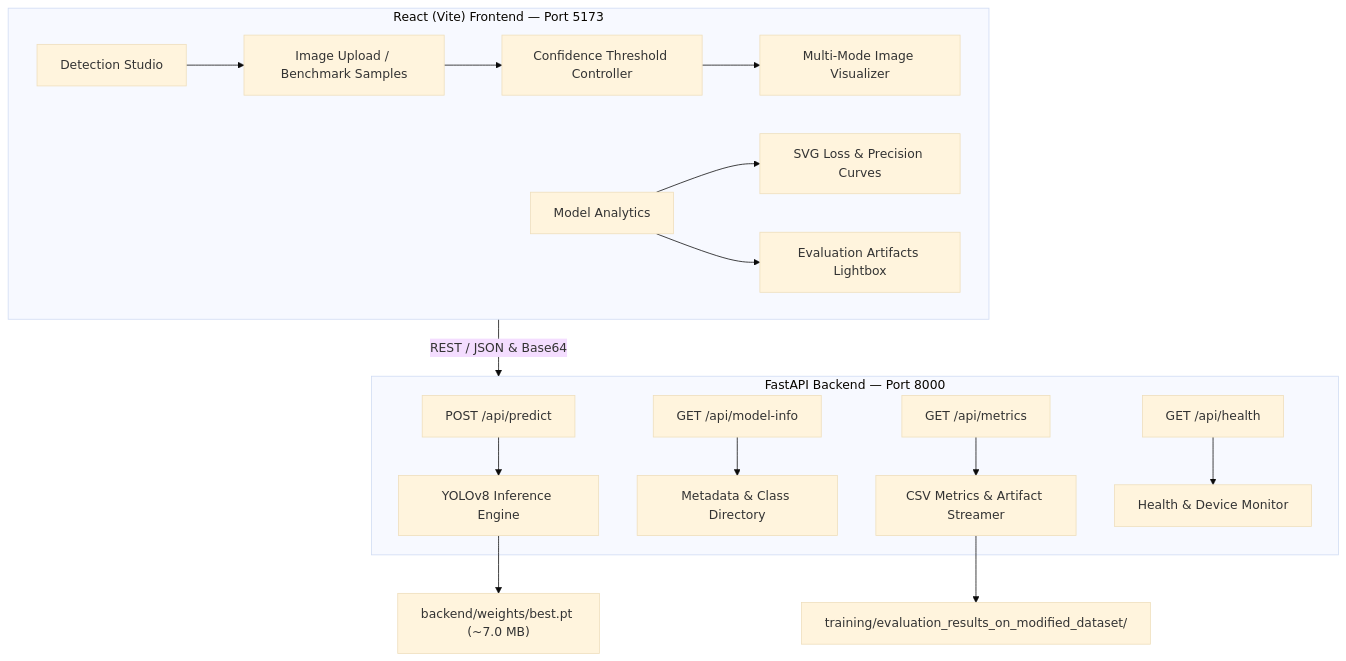
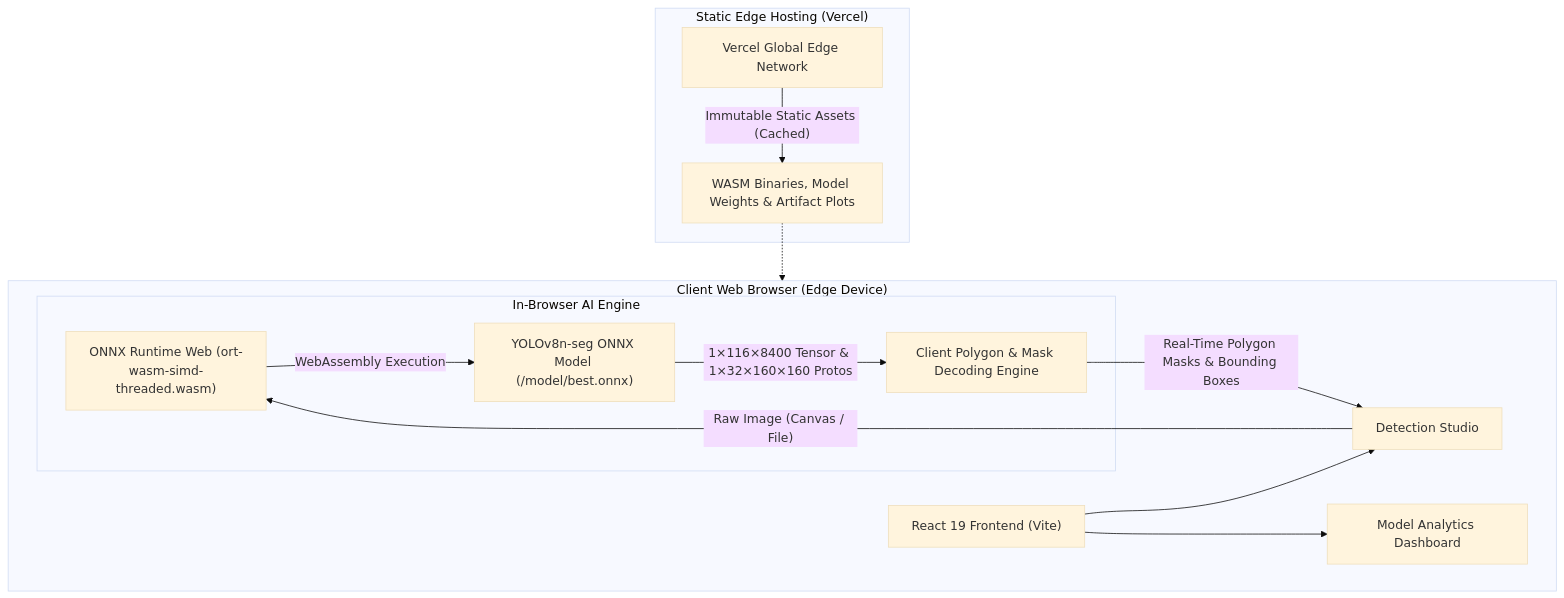
The diagram in README.md (DhrumilKhatiwala/ToolVision), drawn with Mermaid (base theme) before and after one commit. The commit also changed other lines of this file and 30 other files, not shown here.

Commit message:
refactor: remove legacy backend, transition to 100% serverless onnx web, and update readme

````diff
--- a/README.md
+++ b/README.md
@@ -38,21 +30,28 @@
 ```mermaid
 graph TB
-    subgraph Frontend["React (Vite) Frontend — Port 5173"]
-        A["Detection Studio"] --> B["Image Upload / Benchmark Samples"]
-        B --> C["Confidence Threshold Controller"]
-        C --> D["Multi-Mode Image Visualizer"]
-        E["Model Analytics"] --> F["SVG Loss & Precision Curves"]
-        E --> G["Evaluation Artifacts Lightbox"]
+    subgraph ClientBrowser["Client Web Browser (Edge Device)"]
+        UI["React 19 Frontend (Vite)"]
+        Studio["Detection Studio"]
+        Dashboard["Model Analytics Dashboard"]
+        
+        subgraph Engine["In-Browser AI Engine"]
+            ONNX["ONNX Runtime Web (ort-wasm-simd-threaded.wasm)"]
+            Weights["YOLOv8n-seg ONNX Model (/model/best.onnx)"]
+            MaskDecoder["Client Polygon & Mask Decoding Engine"]
+        end
     end
 
-    subgraph Backend["FastAPI Backend — Port 8000"]
-        H["POST /api/predict"] --> I["YOLOv8 Inference Engine"]
-        J["GET /api/model-info"] --> K["Metadata & Class Directory"]
-        L["GET /api/metrics"] --> M["CSV Metrics & Artifact Streamer"]
-        N["GET /api/health"] --> O["Health & Device Monitor"]
+    subgraph StaticDelivery["Static Edge Hosting (Vercel)"]
+        CDN["Vercel Global Edge Network"]
+        StaticAssets["WASM Binaries, Model Weights & Artifact Plots"]
     end
 
-    Frontend -- REST / JSON & Base64 --> Backend
-    I --> P["backend/weights/best.pt (~7.0 MB)"]
-    M --> Q["training/evaluation_results_on_modified_dataset/"]
+    UI --> Studio
+    UI --> Dashboard
+    Studio -- "Raw Image (Canvas / File)" --> ONNX
+    ONNX -- "WebAssembly Execution" --> Weights
+    Weights -- "1×116×8400 Tensor & 1×32×160×160 Protos" --> MaskDecoder
+    MaskDecoder -- "Real-Time Polygon Masks & Bounding Boxes" --> Studio
+    CDN -- "Immutable Static Assets (Cached)" --> StaticAssets
+    StaticAssets -.-> ClientBrowser
 ```
````
